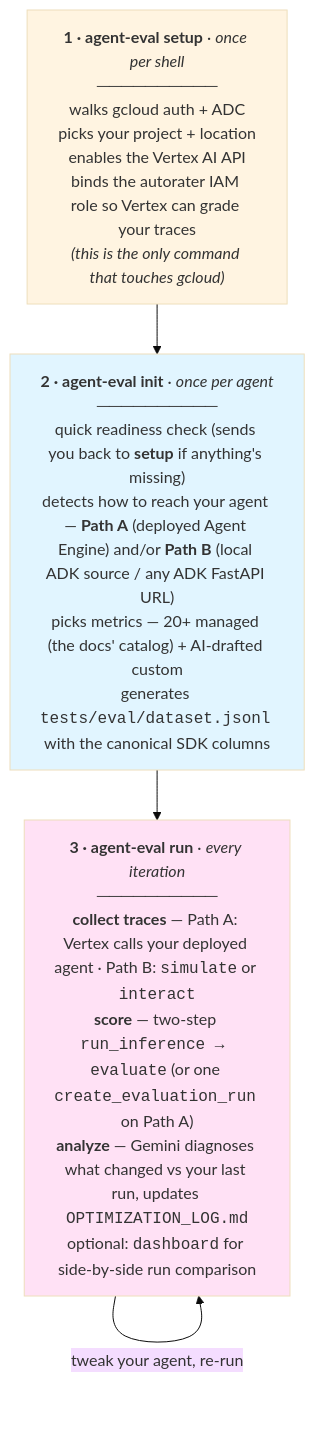
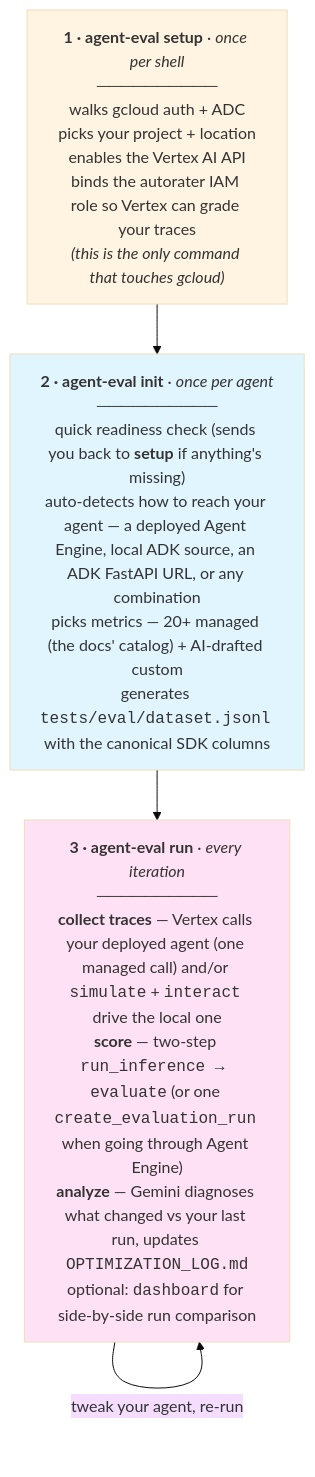
The diagram in README.md (danielazamorah/agent-eval), drawn with Mermaid (base theme) before and after one commit. The commit also changed other lines of this file and 5 other files, not shown here.

````diff
--- a/README.md
+++ b/README.md
@@ -17,13 +17,13 @@
 ```mermaid
 flowchart TD
     setup["<b>1 · agent-eval setup</b> · <i>once per shell</i><br/>──────────<br/>walks gcloud auth + ADC<br/>picks your project + location<br/>enables the Vertex AI API<br/>binds the autorater IAM role so Vertex can grade your traces<br/><i>(this is the only command that touches gcloud)</i>"]
-    init["<b>2 · agent-eval init</b> · <i>once per agent</i><br/>──────────<br/>quick readiness check (sends you back to <b>setup</b> if anything's missing)<br/>detects how to reach your agent — <b>Path A</b> (deployed Agent Engine) and/or <b>Path B</b> (local ADK source / any ADK FastAPI URL)<br/>picks metrics — 20+ managed (the docs' catalog) + AI-drafted custom<br/>generates <code>tests/eval/dataset.jsonl</code> with the canonical SDK columns"]
-    run["<b>3 · agent-eval run</b> · <i>every iteration</i><br/>──────────<br/><b>collect traces</b> — Path A: Vertex calls your deployed agent · Path B: <code>simulate</code> or <code>interact</code><br/><b>score</b> — two-step <code>run_inference → evaluate</code> (or one <code>create_evaluation_run</code> on Path A)<br/><b>analyze</b> — Gemini diagnoses what changed vs your last run, updates <code>OPTIMIZATION_LOG.md</code><br/>optional: <code>dashboard</code> for side-by-side run comparison"]
+    init["<b>2 · agent-eval init</b> · <i>once per agent</i><br/>──────────<br/>quick readiness check (sends you back to <b>setup</b> if anything's missing)<br/>auto-detects how to reach your agent — a deployed Agent Engine, local ADK source, an ADK FastAPI URL, or any combination<br/>picks metrics — 20+ managed (the docs' catalog) + AI-drafted custom<br/>generates <code>tests/eval/dataset.jsonl</code> with the canonical SDK columns"]
+    run["<b>3 · agent-eval run</b> · <i>every iteration</i><br/>──────────<br/><b>collect traces</b> — Vertex calls your deployed agent (one managed call) and/or <code>simulate</code> + <code>interact</code> drive the local one<br/><b>score</b> — two-step <code>run_inference → evaluate</code> (or one <code>create_evaluation_run</code> when going through Agent Engine)<br/><b>analyze</b> — Gemini diagnoses what changed vs your last run, updates <code>OPTIMIZATION_LOG.md</code><br/>optional: <code>dashboard</code> for side-by-side run comparison"]
 
     setup --> init --> run
     run -->|tweak your agent, re-run| run
 
     style setup fill:#fff4e1
     style init fill:#e1f5ff
     style run fill:#ffe1f5
 ```
````
